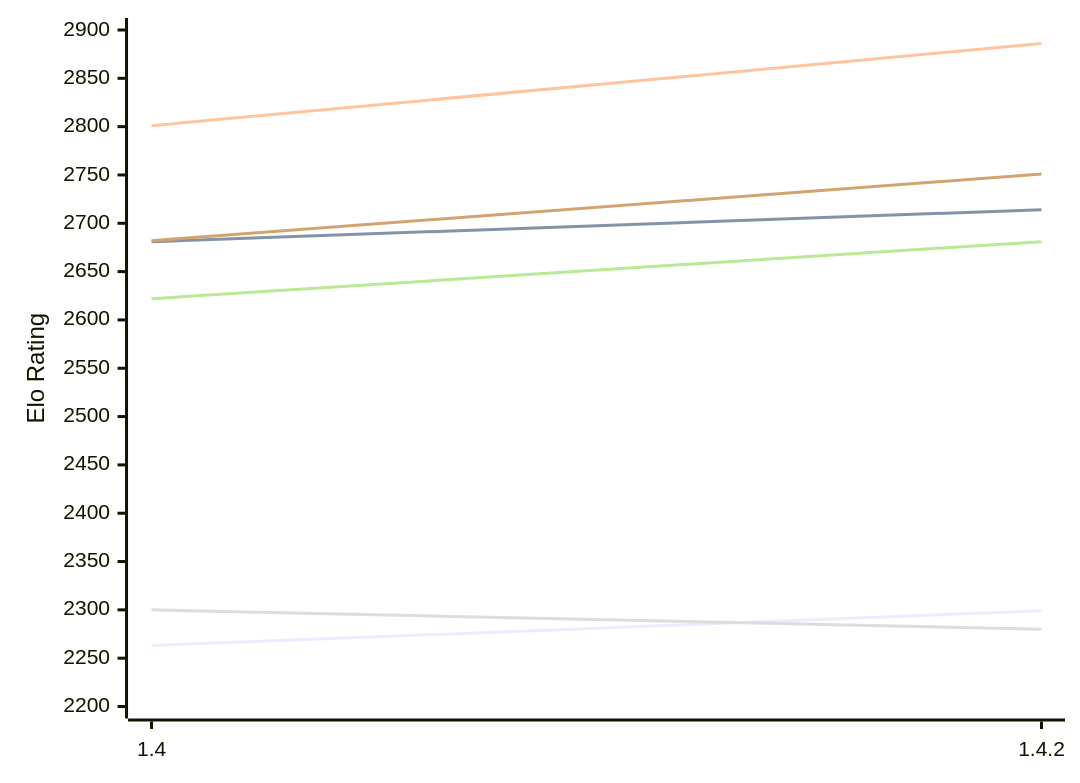
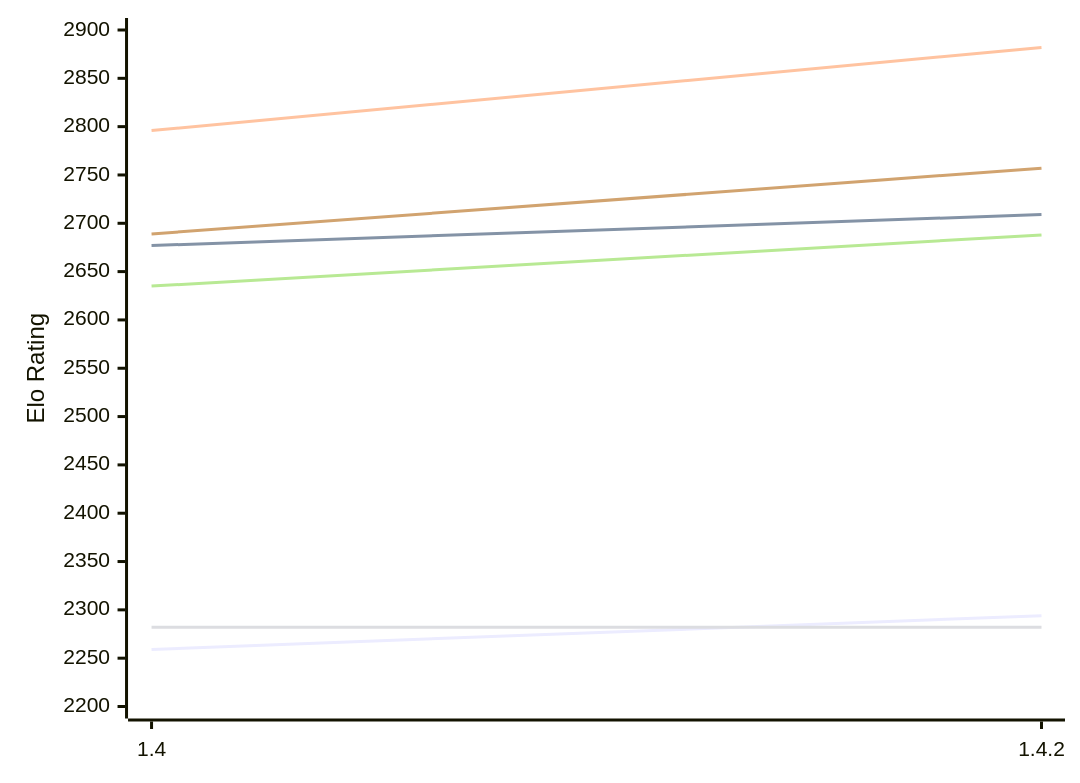
Before and after one commit to computer-chess-index/cci: the first of 2 diagrams in engines/Spike.md, drawn with Mermaid. The commit also changed other lines of this file, not shown here.

Commit message:
Update CCI Ratings (ELO VLTC) - 2026-11-21

````diff
--- a/engines/Spike.md
+++ b/engines/Spike.md
@@ -50,12 +50,12 @@
 ```mermaid
 %%{init: {"theme":"base","themeVariables":{"seriesColors:['#a3a3a3','#222221','#faa371']}}}%%
 xychart-beta
   x-axis ["1.4", "1.4.2"]
   y-axis "Elo Rating" 2200 --> 2900
-  line "E1: STC (8.0+0.08s)" [2263, 2299]
-  line "E1: LTC (60.0+0.60s)" [2681, 2714]
-  line "E1: VLTC (2m24s+1.12s)" [2801, 2886]
-  line "P1: STC (8.0+0.08s)" [2300, 2280]
-  line "P1: LTC (60.0+0.60s)" [2622, 2681]
-  line "P1: VLTC (2m24s+1.12s)" [2682, 2751]
+  line "E1: STC (8.0+0.08s)" [2259, 2294]
+  line "E1: LTC (60.0+0.60s)" [2677, 2709]
+  line "E1: VLTC (2m24s+1.12s)" [2796, 2882]
+  line "P1: STC (8.0+0.08s)" [2282, 2282]
+  line "P1: LTC (60.0+0.60s)" [2635, 2688]
+  line "P1: VLTC (2m24s+1.12s)" [2689, 2757]
 ```
````
